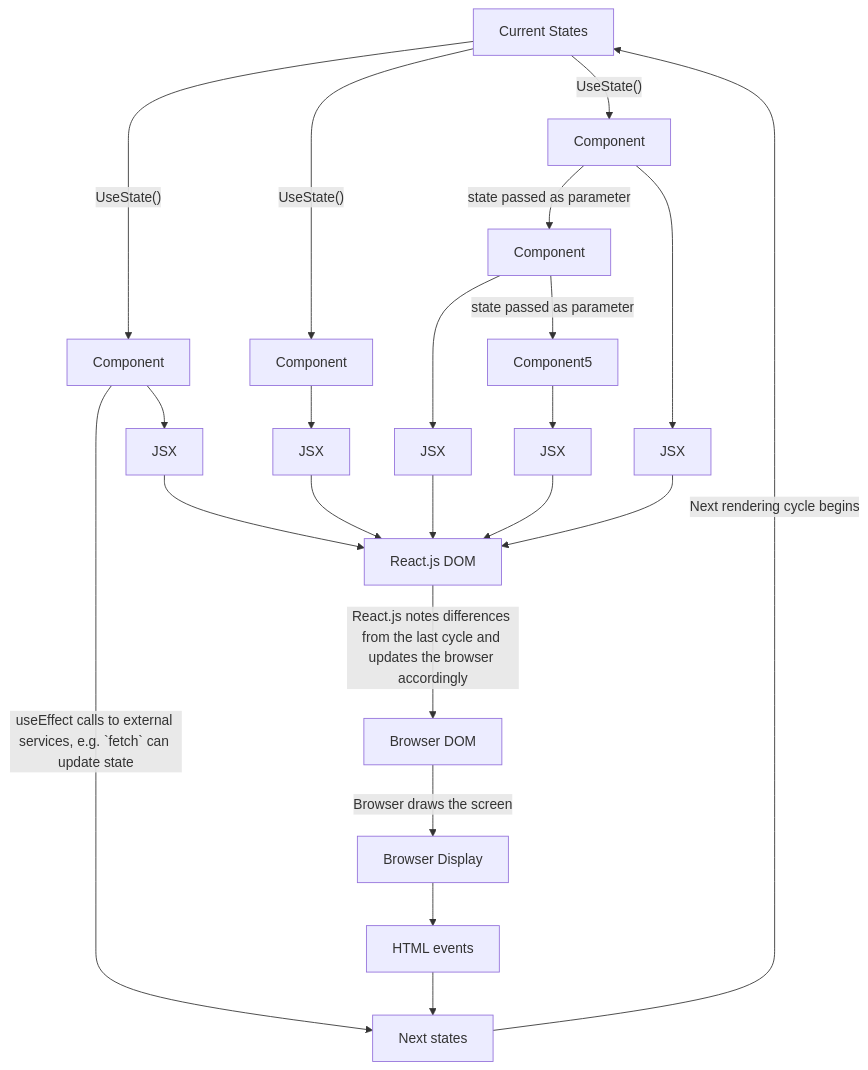
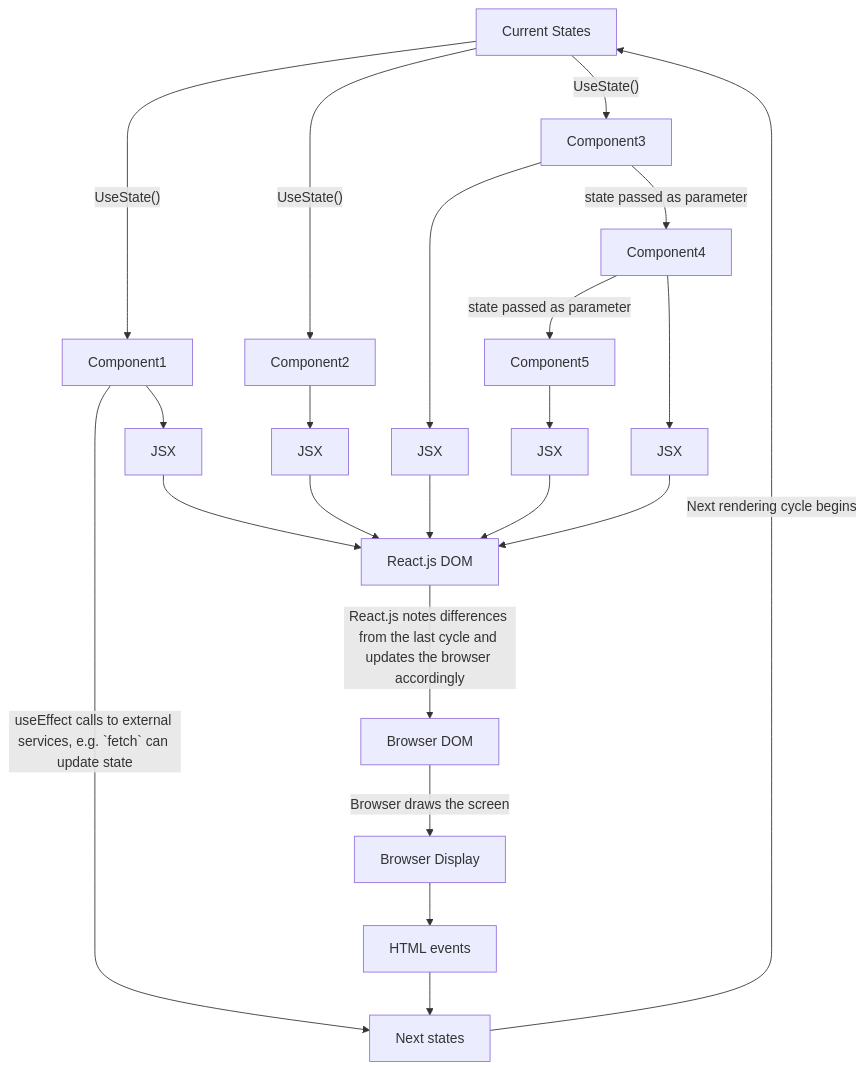
The second of 5 diagrams in README.md (Billy-Spearman-WCCI/RaceCarExtension), drawn with Mermaid before and after one commit. The commit also changed other lines of this file, not shown here.

Commit message:
Name components

````diff
--- a/README.md
+++ b/README.md
@@ -560,24 +561,24 @@
     ```mermaid
     graph TB;
-    state-->|"UseState()"|Component
-    state-->|"UseState()"|Component2[Component]
-    state-->|"UseState()"|Component4[Component]
+    state-->|"UseState()"|Component[Component1]
+    state-->|"UseState()"|Component2
+    state-->|"UseState()"|Component3
     Component2-->JSX2[JSX]
     JSX2-->ReactDOM
-    Component3[Component]-->JSX3[JSX]
+    Component3-->JSX3[JSX]
     JSX3-->ReactDOM
-    Component3-->|state passed as parameter|Component5
-    Component4-->|state passed as parameter|Component3
+    Component4-->|state passed as parameter|Component5
+    Component3-->|state passed as parameter|Component4
     Component4-->JSX4[JSX]
     Component5-->JSX5[JSX]
     JSX4-->ReactDOM
     JSX5-->ReactDOM
     Component-->|"useEffect" calls to external services, e.g. `fetch` can update state|nextState
     Component-->JSX
     JSX-->ReactDOM[React.js DOM]
     ReactDOM-->|React.js notes differences from the last cycle and updates the browser accordingly|BrowserDOM[Browser DOM]
     BrowserDOM-->|Browser draws the screen|Display[Browser Display]
     Display-->BrowserEvents[HTML events]
     BrowserEvents-->nextState
     nextState[Next states]-->|Next rendering cycle begins|state[Current States]
     ``` 
````
